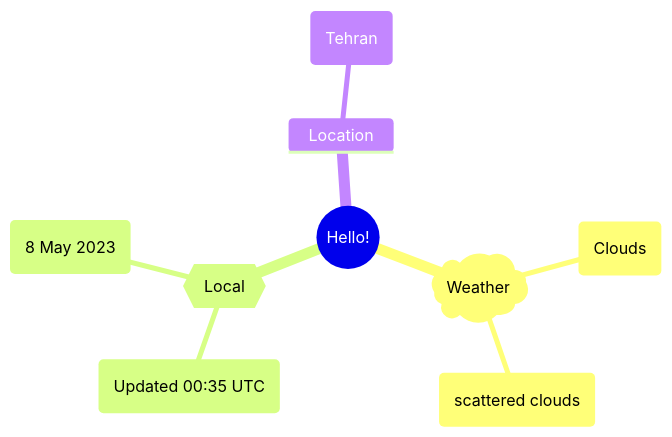
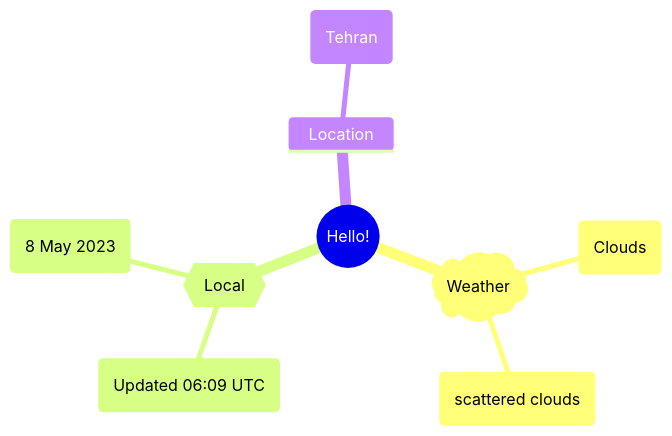
Before and after one commit to Xosrov/Xosrov: the first of 2 diagrams in README.md, drawn with Mermaid.

Commit message:
[bot] updated images

````diff
--- a/README.md
+++ b/README.md
@@ -3,12 +3,12 @@
 ```mermaid
 mindmap
   root((Hello!))
     )Weather(
         (Clouds)
         (scattered clouds)
     {{Local}}
-        (Updated 00:35 UTC)
+        (Updated 06:09 UTC)
         (8 May 2023)
     Location
         (Tehran)
 ```
````
